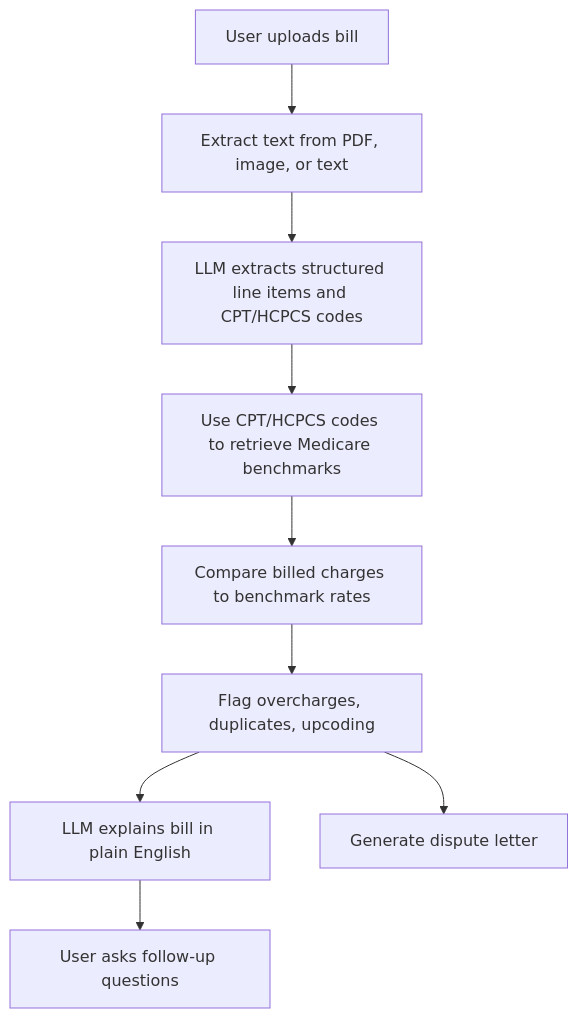
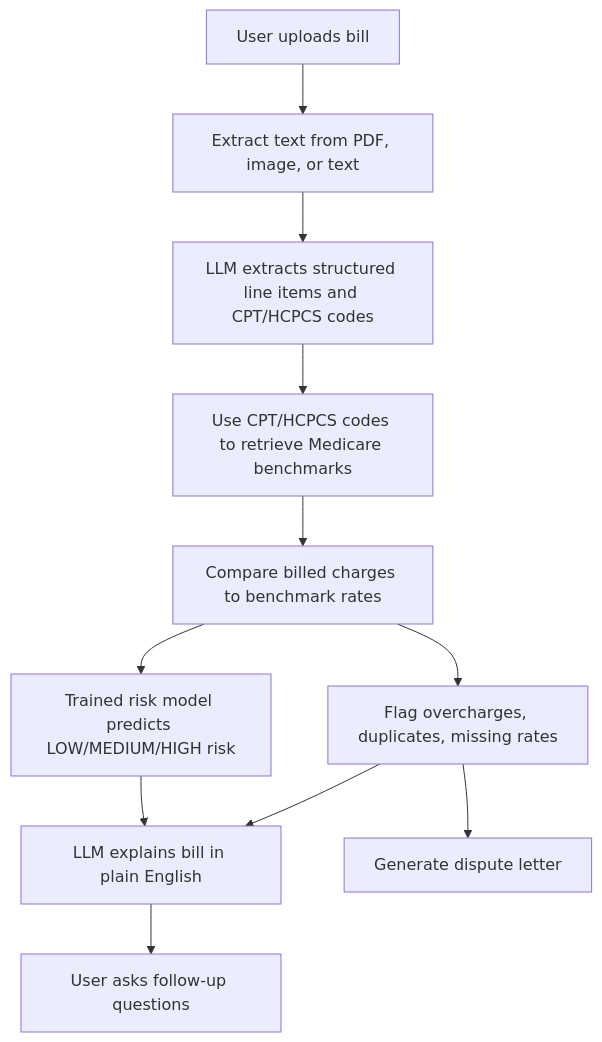
One commit to Paulina-V/cs372-final-project changed the diagram in README.md. Above: the diagram before and after it, drawn with Mermaid. The commit also changed other lines of this file and 3 other files, not shown here.

Commit message:
Document trained risk model and evaluation workflow

````diff
--- a/README.md
+++ b/README.md
@@ -13,11 +13,13 @@
 ```mermaid
 flowchart TD
     uploadBill["User uploads bill"] --> extractText["Extract text from PDF, image, or text"]
     extractText --> extractCodes["LLM extracts structured line items and CPT/HCPCS codes"]
     extractCodes --> codeLookup["Use CPT/HCPCS codes to retrieve Medicare benchmarks"]
     codeLookup --> compareRates["Compare billed charges to benchmark rates"]
-    compareRates --> detectFlags["Flag overcharges, duplicates, upcoding"]
+    compareRates --> detectFlags["Flag overcharges, duplicates, missing rates"]
+    compareRates --> riskModel["Trained risk model predicts LOW/MEDIUM/HIGH risk"]
     detectFlags --> explainBill["LLM explains bill in plain English"]
+    riskModel --> explainBill
     explainBill --> chat["User asks follow-up questions"]
     detectFlags --> dispute["Generate dispute letter"]
 ```
````
